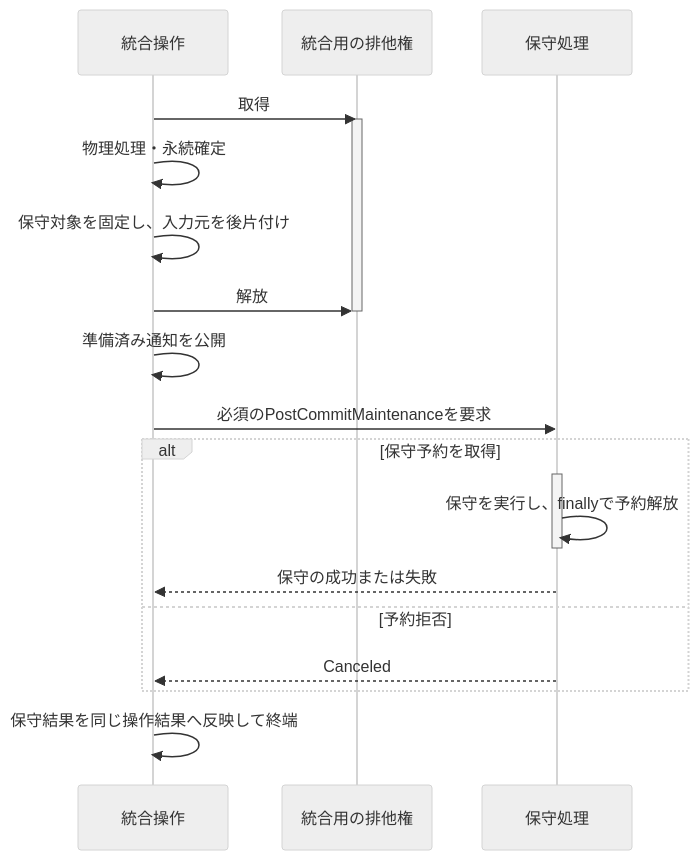
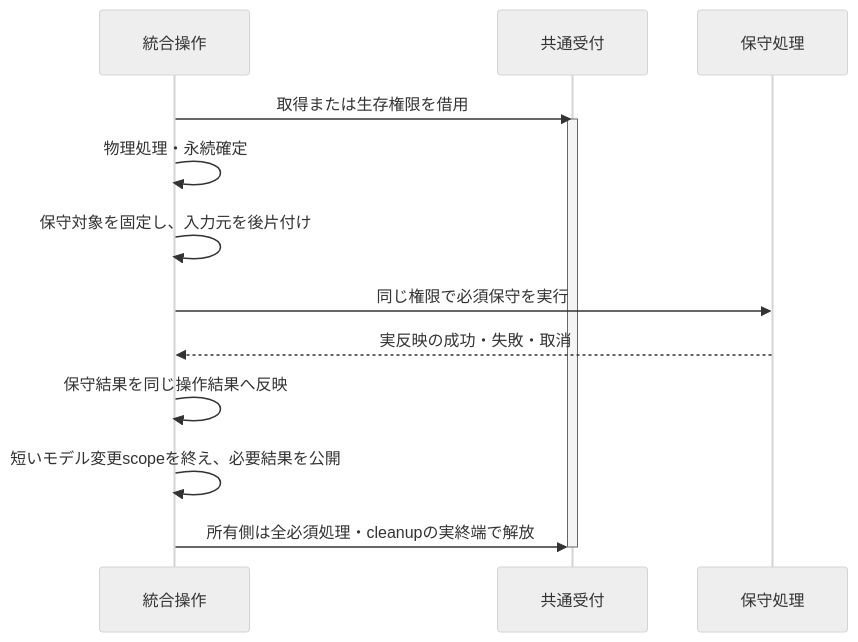
Before and after one commit to Neeted/bemusicseeker-unofficial-fork: the second of 2 diagrams in devdocs/spec/library/mutations.md, drawn with Mermaid (neutral theme). The commit also changed other lines of this file and 298 other files, not shown here.

````diff
--- a/devdocs/spec/library/mutations.md
+++ b/devdocs/spec/library/mutations.md
@@ -145,23 +143,16 @@
 ```mermaid
 sequenceDiagram
     participant Operation as 統合操作
-    participant Merge as 統合用の排他権
+    participant Admission as 共通受付
     participant Maintenance as 保守処理
-    Operation->>Merge: 取得
-    activate Merge
+    Operation->>Admission: 取得または生存権限を借用
+    activate Admission
     Operation->>Operation: 物理処理・永続確定
     Operation->>Operation: 保守対象を固定し、入力元を後片付け
-    Operation->>Merge: 解放
-    deactivate Merge
-    Operation->>Operation: 準備済み通知を公開
-    Operation->>Maintenance: 必須のPostCommitMaintenanceを要求
-    alt 保守予約を取得
-        activate Maintenance
-        Maintenance->>Maintenance: 保守を実行し、finallyで予約解放
-        deactivate Maintenance
-        Maintenance-->>Operation: 保守の成功または失敗
-    else 予約拒否
-        Maintenance-->>Operation: Canceled
-    end
-    Operation->>Operation: 保守結果を同じ操作結果へ反映して終端
+    Operation->>Maintenance: 同じ権限で必須保守を実行
+    Maintenance-->>Operation: 実反映の成功・失敗・取消
+    Operation->>Operation: 保守結果を同じ操作結果へ反映
+    Operation->>Operation: 短いモデル変更scopeを終え、必要結果を公開
+    Operation->>Admission: 所有側は全必須処理・cleanupの実終端で解放
+    deactivate Admission
 ```
````
